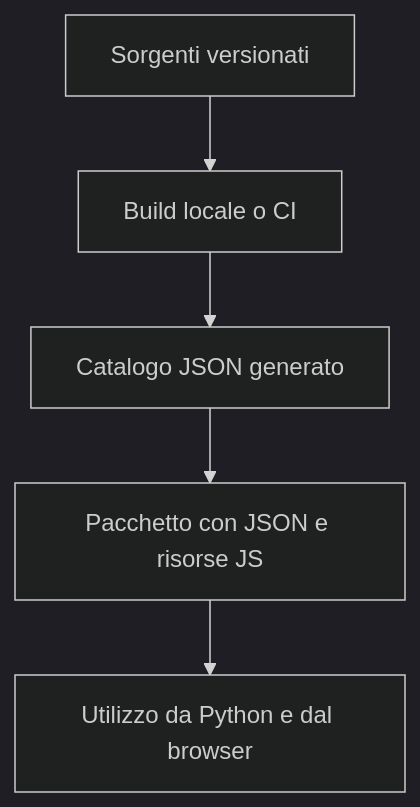
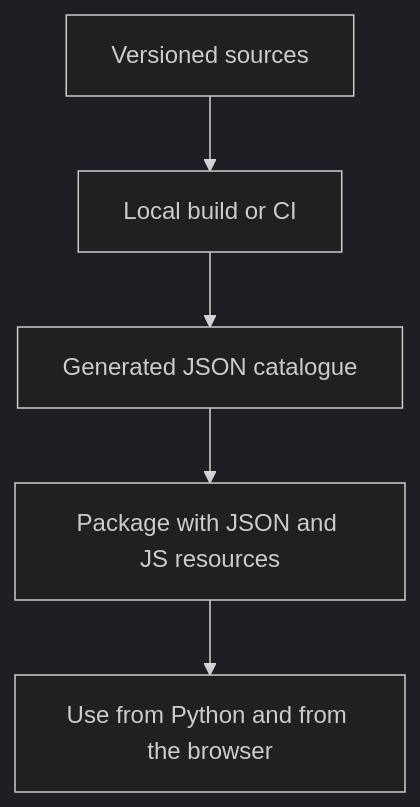
One commit to gramlot-org/gramlot changed the third of 3 diagrams in docs/internal/060-architettura-condivisa.md. Above: the diagram before and after it, drawn with Mermaid (dark theme). The commit also changed other lines of this file and 5 other files, not shown here.

````diff
--- a/docs/internal/060-architettura-condivisa.md
+++ b/docs/internal/060-architettura-condivisa.md
@@ -86,7 +86,7 @@
 ```mermaid
 flowchart TB
- S["Sorgenti versionati"] --> B["Build locale o CI"]
- B --> J["Catalogo JSON generato"]
- J --> P["Pacchetto con JSON e risorse JS"]
- P --> U["Utilizzo da Python e dal browser"]
+ S["Versioned sources"] --> B["Local build or CI"]
+ B --> J["Generated JSON catalogue"]
+ J --> P["Package with JSON and JS resources"]
+ P --> U["Use from Python and from the browser"]
 ```
````
